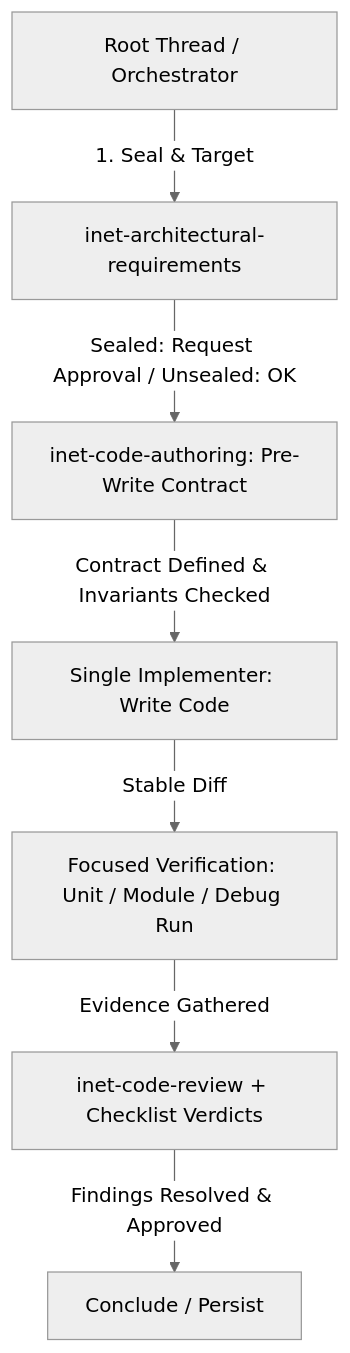
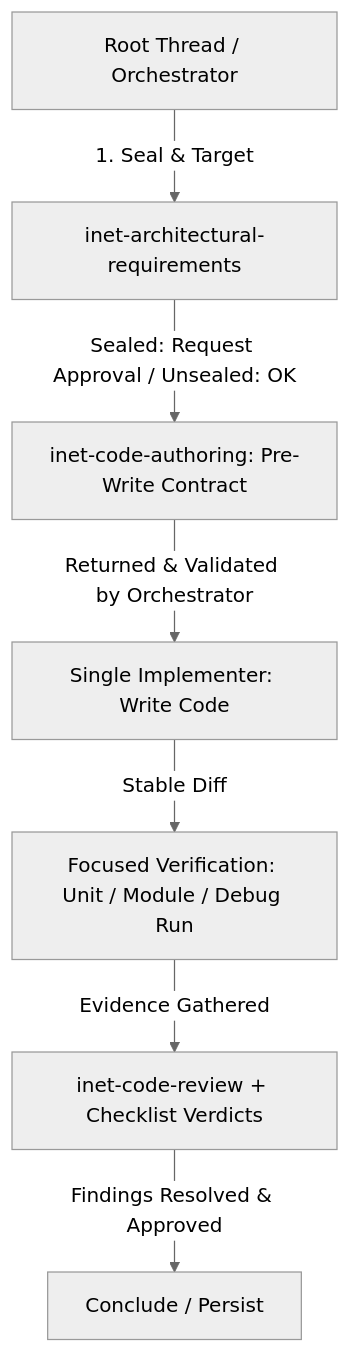
One commit to mgonzalezlopezudc/inet-skills changed the diagram in .agents/skills/inet-agent-orchestration/SKILL.md. Above: the diagram before and after it, drawn with Mermaid (neutral theme). The commit also changed other lines of this file and 7 other files, not shown here.

````diff
--- a/.agents/skills/inet-agent-orchestration/SKILL.md
+++ b/.agents/skills/inet-agent-orchestration/SKILL.md
@@ -12,9 +12,9 @@
 ```mermaid
 graph TD
     Root[Root Thread / Orchestrator] -->|1. Seal & Target| ArchGuard[inet-architectural-requirements]
     ArchGuard -->|Sealed: Request Approval / Unsealed: OK| Contract[inet-code-authoring: Pre-Write Contract]
-    Contract -->|Contract Defined & Invariants Checked| Implement[Single Implementer: Write Code]
+    Contract -->|Returned & Validated by Orchestrator| Implement[Single Implementer: Write Code]
     Implement -->|Stable Diff| Test[Focused Verification: Unit / Module / Debug Run]
     Test -->|Evidence Gathered| Review[inet-code-review + Checklist Verdicts]
     Review -->|Findings Resolved & Approved| Conclude[Conclude / Persist]
 ```
````
